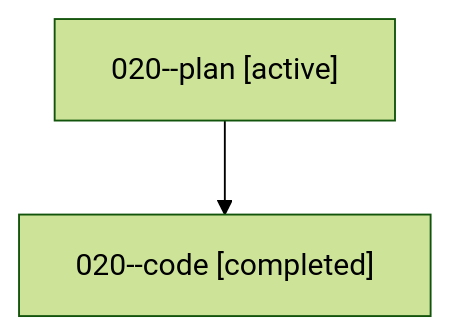
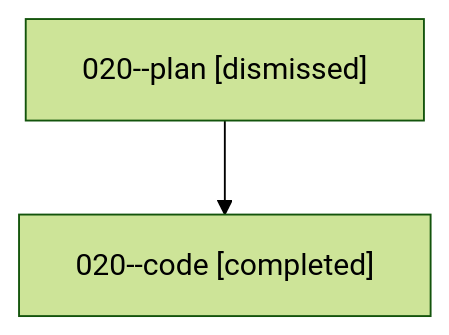
The diagram in sessions/bbugyi200.athena.020.md (sase-org/sase--agents), drawn with Mermaid (forest theme) before and after one commit. The commit also changed other lines of this file and 22 other files, not shown here.

````diff
--- a/sessions/bbugyi200.athena.020.md
+++ b/sessions/bbugyi200.athena.020.md
@@ -9,6 +9,6 @@
 ```mermaid
 flowchart TD
-  n0["020--plan [active]"]
+  n0["020--plan [dismissed]"]
   n1["020--code [completed]"]
   n0 --> n1
 ```
````
